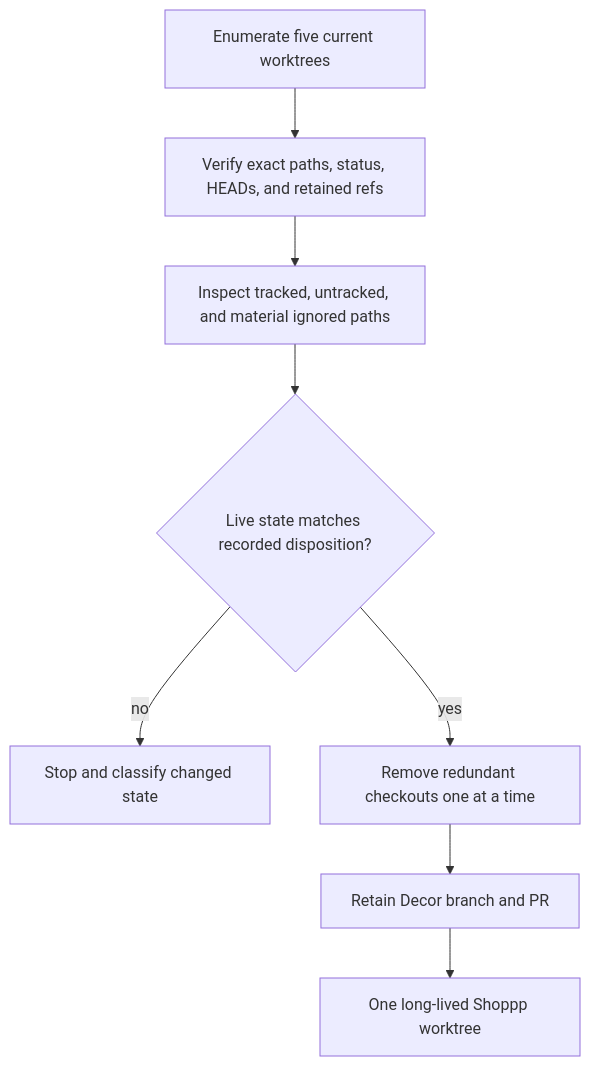
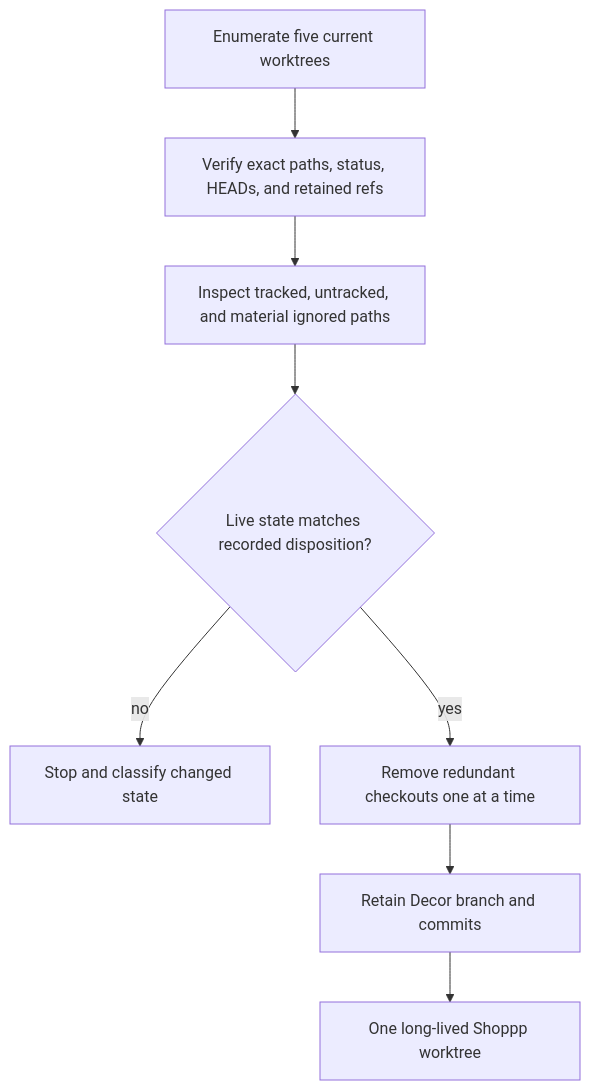
Before and after one commit to hashencode/shoppp: the diagram in docs/plans/2026-08-13-003-refactor-worktree-convergence-plan.md, drawn with Mermaid. The commit also changed other lines of this file and 284 other files, not shown here.

````diff
--- a/docs/plans/2026-08-13-003-refactor-worktree-convergence-plan.md
+++ b/docs/plans/2026-08-13-003-refactor-worktree-convergence-plan.md
@@ -129,10 +129,10 @@
 ```mermaid
 flowchart TB
   A["Enumerate five current worktrees"] --> B["Verify exact paths, status, HEADs, and retained refs"]
   B --> C["Inspect tracked, untracked, and material ignored paths"]
   C --> D{"Live state matches recorded disposition?"}
   D -->|no| E["Stop and classify changed state"]
   D -->|yes| F["Remove redundant checkouts one at a time"]
-  F --> G["Retain Decor branch and PR"]
+  F --> G["Retain Decor branch and commits"]
   G --> H["One long-lived Shoppp worktree"]
 ```
````
